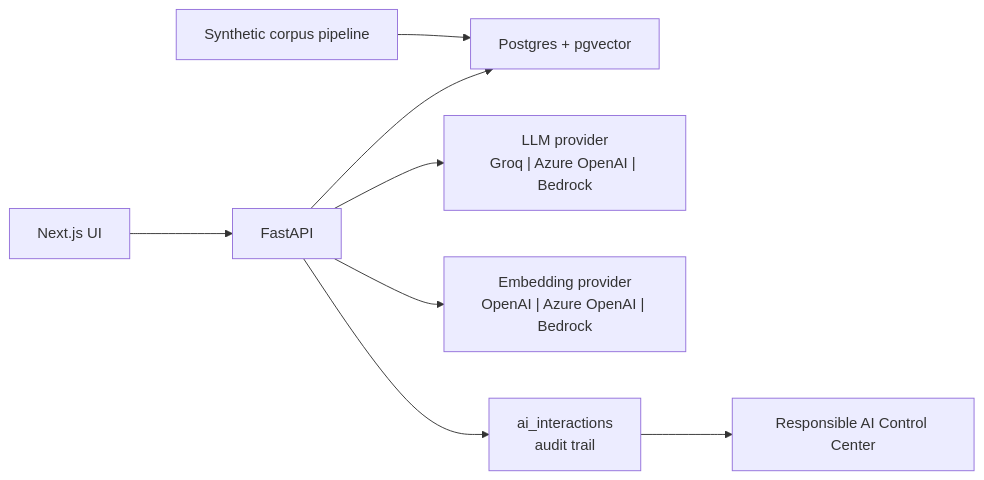
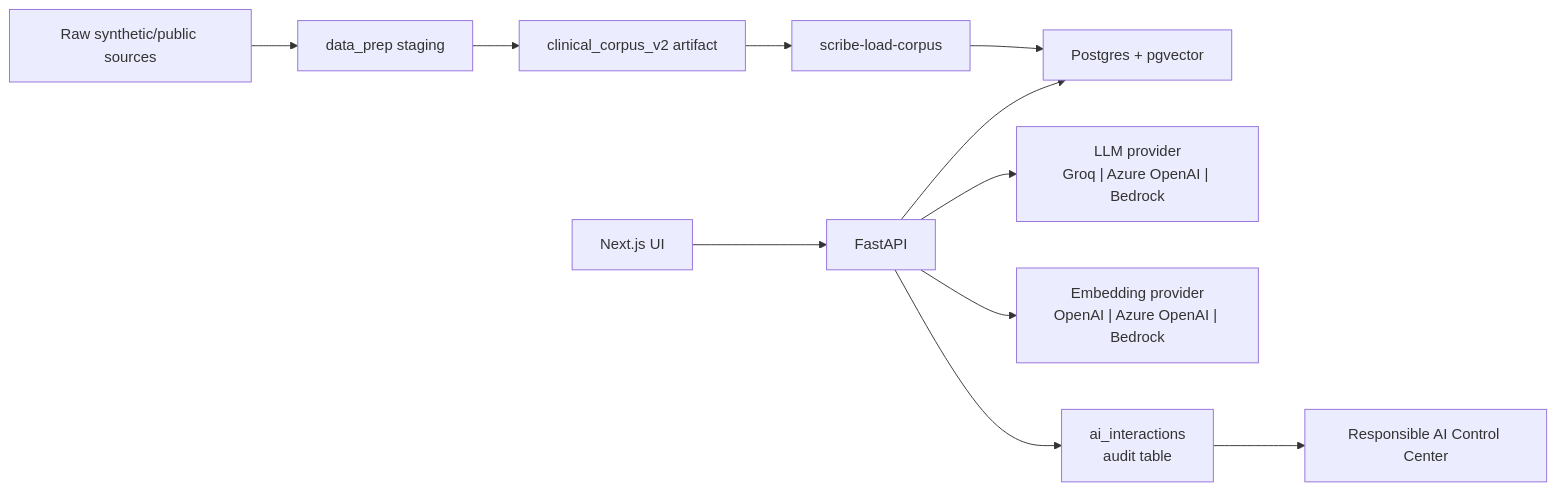
The diagram in README.md (sandeep-jay/scribe-iq), drawn with Mermaid before and after one commit. The commit also changed other lines of this file and 22 other files, not shown here.

````diff
--- a/README.md
+++ b/README.md
@@ -87,10 +125,13 @@
 ```mermaid
 flowchart LR
-  DataPrep["Synthetic corpus pipeline"] --> PG["Postgres + pgvector"]
+  Raw["Raw synthetic/public sources"] --> Staging["data_prep staging"]
+  Staging --> Artifact["clinical_corpus_v2 artifact"]
+  Artifact --> Loader["scribe-load-corpus"]
+  Loader --> PG["Postgres + pgvector"]
   Next["Next.js UI"] --> API["FastAPI"]
   API --> PG
   API --> LLM["LLM provider<br/>Groq | Azure OpenAI | Bedrock"]
   API --> Embed["Embedding provider<br/>OpenAI | Azure OpenAI | Bedrock"]
-  API --> Audit["ai_interactions<br/>audit trail"]
+  API --> Audit["ai_interactions<br/>audit table"]
   Audit --> Admin["Responsible AI Control Center"]
 ```
````
